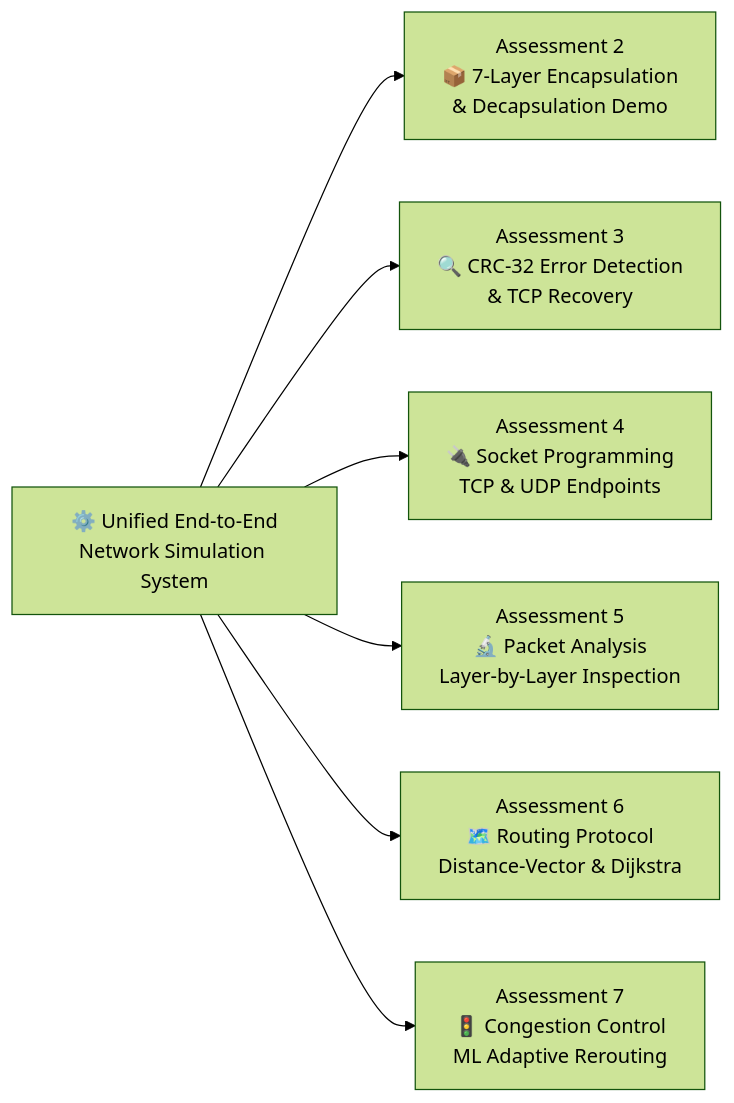
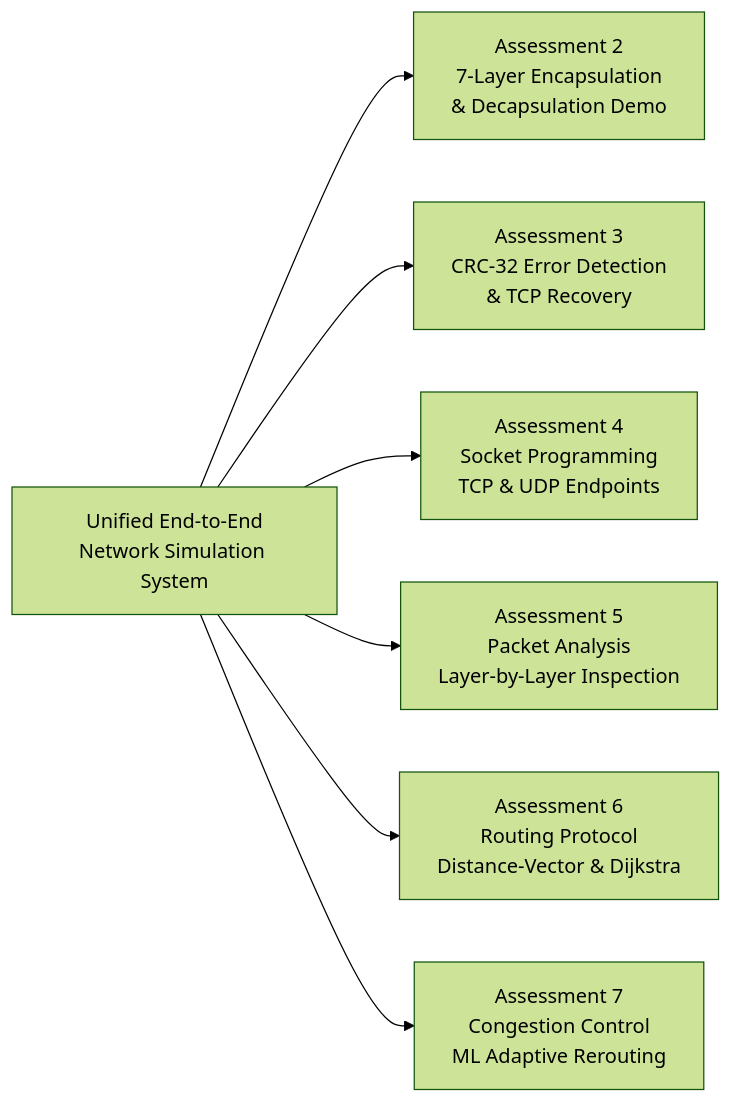
One commit to Eldo-John-Giby/Adaptive-Network-Routing-Congestion-Control changed the tenth of 10 diagrams in README.md. Above: the diagram before and after it, drawn with Mermaid (forest theme). The commit also changed other lines of this file, not shown here.

````diff
--- a/README.md
+++ b/README.md
@@ -367,18 +367,18 @@
 ```mermaid
 flowchart LR
-    A2["Assessment 2\n📦 7-Layer Encapsulation\n& Decapsulation Demo"]
-    A3["Assessment 3\n🔍 CRC-32 Error Detection\n& TCP Recovery"]
-    A4["Assessment 4\n🔌 Socket Programming\nTCP & UDP Endpoints"]
-    A5["Assessment 5\n🔬 Packet Analysis\nLayer-by-Layer Inspection"]
-    A6["Assessment 6\n🗺️ Routing Protocol\nDistance-Vector & Dijkstra"]
-    A7["Assessment 7\n🚦 Congestion Control\nML Adaptive Rerouting"]
+A2["Assessment 2\n 7-Layer Encapsulation\n& Decapsulation Demo"]
+A3["Assessment 3\n CRC-32 Error Detection\n& TCP Recovery"]
+A4["Assessment 4\n Socket Programming\nTCP & UDP Endpoints"]
+A5["Assessment 5\n Packet Analysis\nLayer-by-Layer Inspection"]
+A6["Assessment 6\n Routing Protocol\nDistance-Vector & Dijkstra"]
+A7["Assessment 7\n Congestion Control\nML Adaptive Rerouting"]
 
-    CORE["⚙️ Unified End-to-End\nNetwork Simulation System"]
+CORE[" Unified End-to-End\nNetwork Simulation System"]
 
-    CORE --> A2
-    CORE --> A3
-    CORE --> A4
-    CORE --> A5
-    CORE --> A6
-    CORE --> A7
+CORE --> A2
+CORE --> A3
+CORE --> A4
+CORE --> A5
+CORE --> A6
+CORE --> A7
 ```
````
